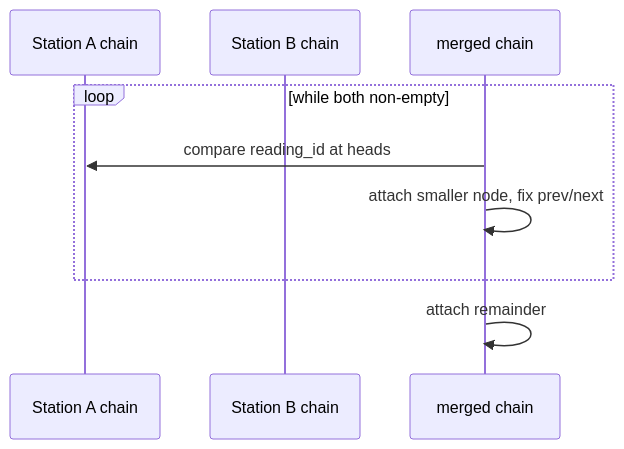
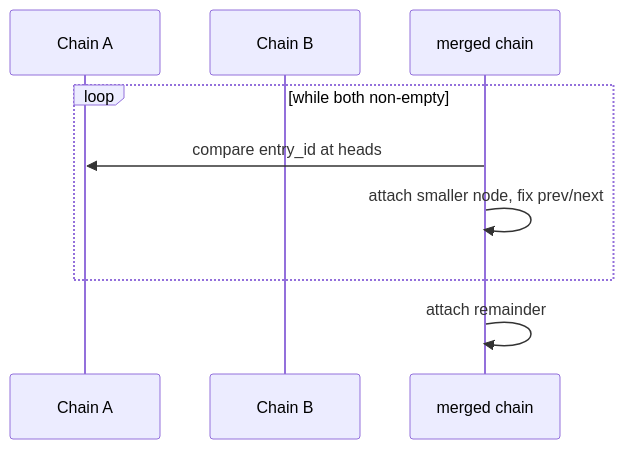
The ninth of 10 diagrams in docs/dsa/data-structures/doubly-linked-list/index.md (qgjones9/python-programming-guide), drawn with Mermaid before and after one commit. The commit also changed other lines of this file and 31 other files, not shown here.

````diff
--- a/docs/dsa/data-structures/doubly-linked-list/index.md
+++ b/docs/dsa/data-structures/doubly-linked-list/index.md
@@ -1092,11 +1092,11 @@
 ```mermaid
 sequenceDiagram
-  participant A as Station A chain
-  participant B as Station B chain
+  participant A as Chain A
+  participant B as Chain B
   participant M as merged chain
   loop while both non-empty
-    M->>A: compare reading_id at heads
+    M->>A: compare entry_id at heads
     M->>M: attach smaller node, fix prev/next
   end
   M->>M: attach remainder
 ```
````
